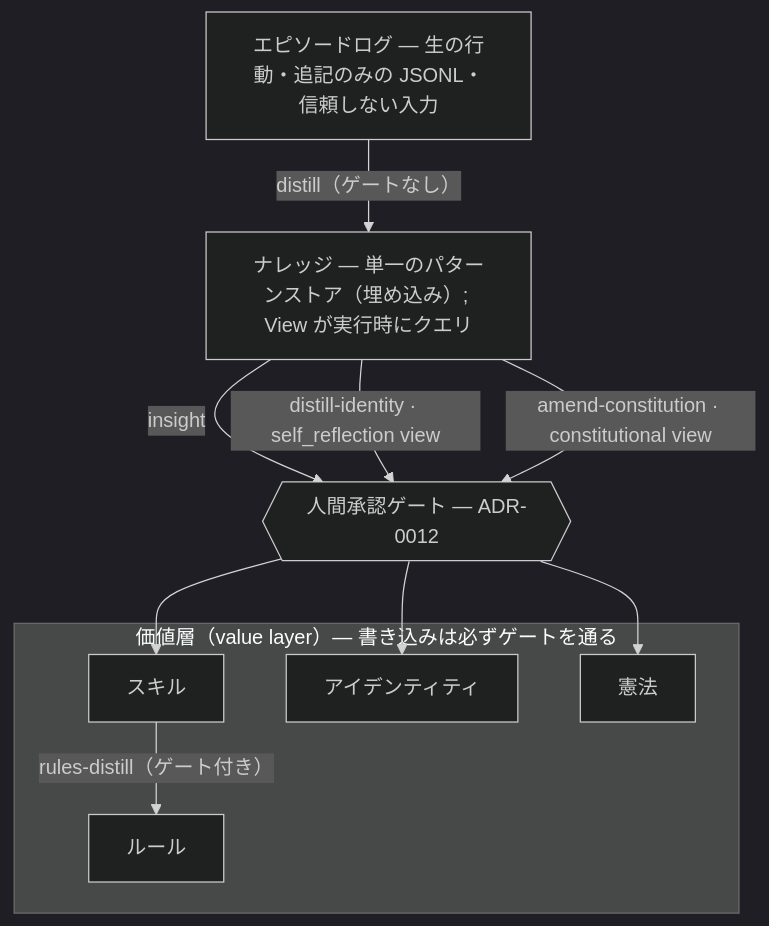
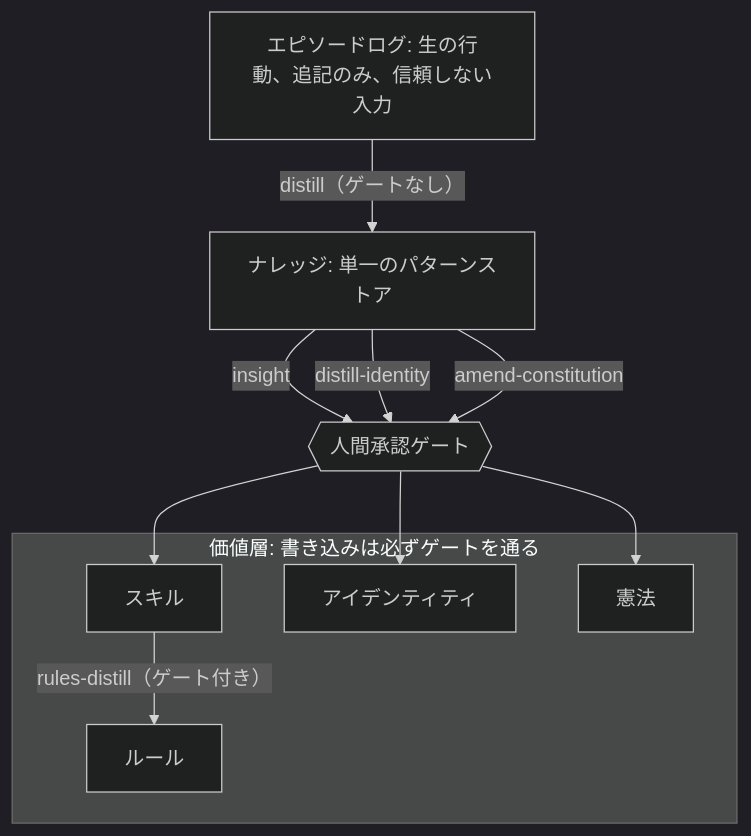
One commit to shimo4228/contemplative-agent changed the diagram in README.ja.md. Above: the diagram before and after it, drawn with Mermaid (dark theme). The commit also changed other lines of this file and 3 other files, not shown here.

````diff
--- a/README.ja.md
+++ b/README.ja.md
@@ -46,18 +46,18 @@
 ```mermaid
 graph TD
-    EL["エピソードログ — 生の行動・追記のみの JSONL・信頼しない入力"]
-    K["ナレッジ — 単一のパターンストア（埋め込み）; View が実行時にクエリ"]
-    G{{"人間承認ゲート — ADR-0012"}}
+    EL["エピソードログ: 生の行動、追記のみ、信頼しない入力"]
+    K["ナレッジ: 単一のパターンストア"]
+    G{{"人間承認ゲート"}}
     EL -->|"distill（ゲートなし）"| K
     K -->|insight| G
-    K -->|"distill-identity · self_reflection view"| G
-    K -->|"amend-constitution · constitutional view"| G
-    subgraph VL["価値層（value layer）— 書き込みは必ずゲートを通る"]
+    K -->|distill-identity| G
+    K -->|amend-constitution| G
+    subgraph VL["価値層: 書き込みは必ずゲートを通る"]
         Skills["スキル"] -->|"rules-distill（ゲート付き）"| Rules["ルール"]
         Identity["アイデンティティ"]
         Constitution["憲法"]
     end
     G --> Skills
     G --> Identity
     G --> Constitution
 ```
````
